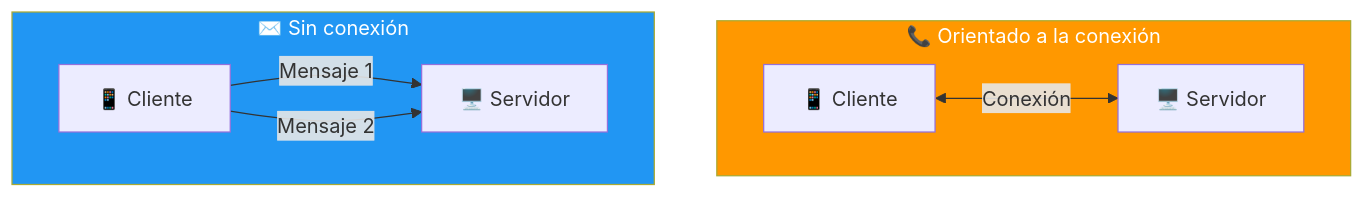
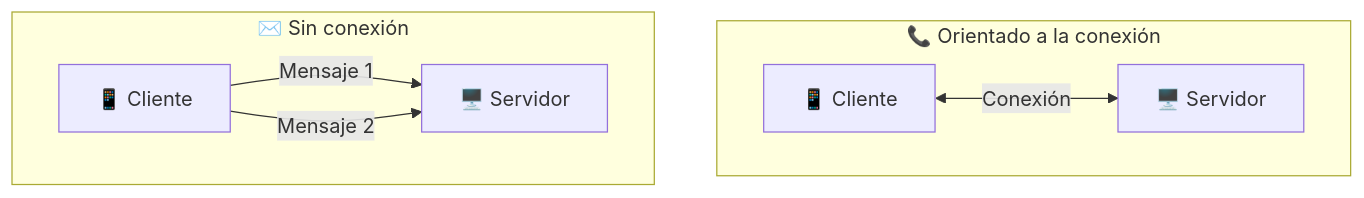
One commit to joseluisgs/DesarrolloWebEntornosServidor-02-2026-2027 changed the second of 7 diagrams in 01-conceptos-servicios.md. Above: the diagram before and after it, drawn with Mermaid. The commit also changed other lines of this file and 4 other files, not shown here.

Commit message:
docs: quitar el relleno a los subgraf de los diagramas de los temas 01, 10, 11, 19 y 30

````diff
--- a/01-conceptos-servicios.md
+++ b/01-conceptos-servicios.md
@@ -77,12 +77,10 @@
 ```mermaid
 flowchart TD
     subgraph CONEXION["📞 Orientado a la conexión"]
         A1["📱 Cliente"] <-->|Conexión| B1["🖥️ Servidor"]
     end
     subgraph SINCONEXION["✉️ Sin conexión"]
         A2["📱 Cliente"] -->|Mensaje 1| B2["🖥️ Servidor"]
         A2 -->|Mensaje 2| B2
     end
-    style CONEXION fill:#FF9800,color:#fff
-    style SINCONEXION fill:#2196F3,color:#fff
 ```
````
